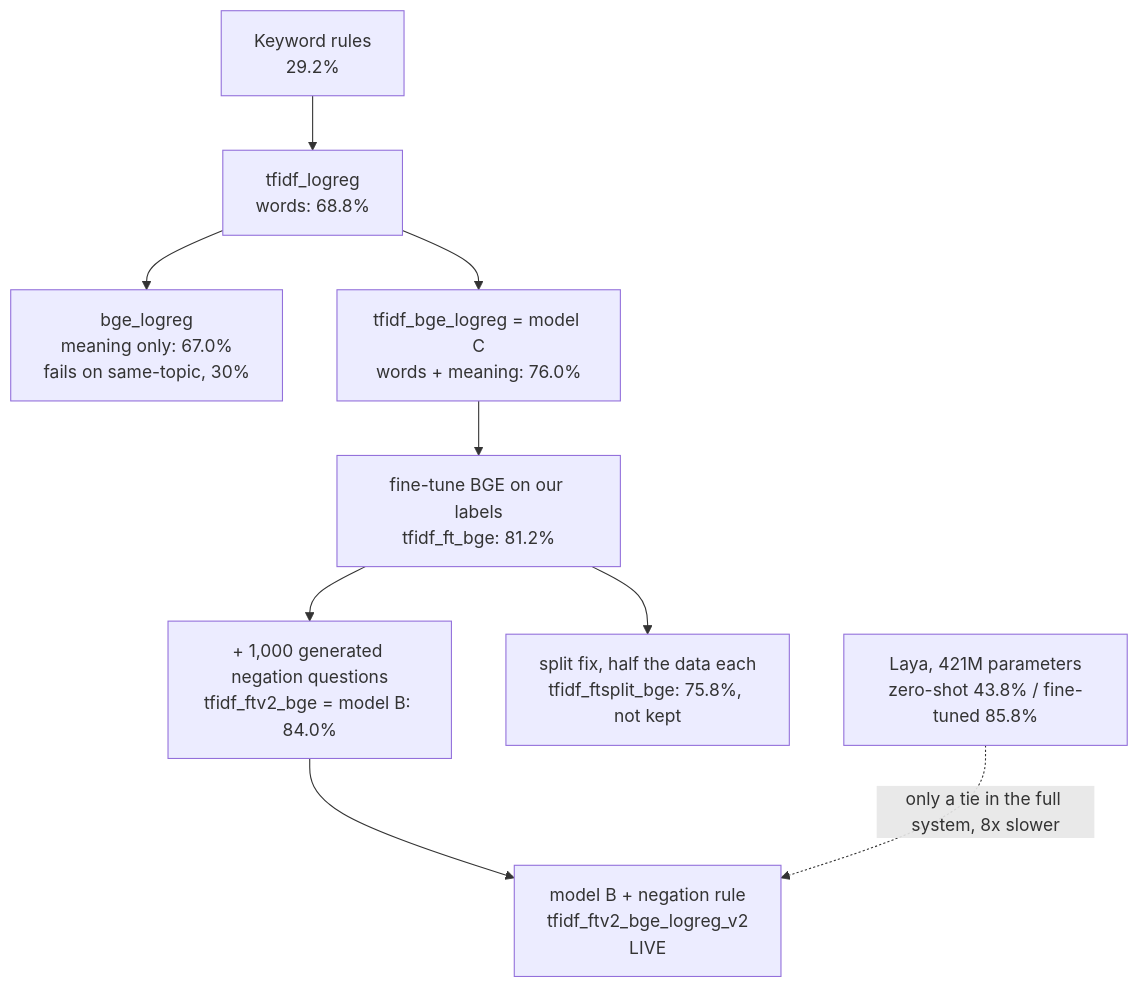
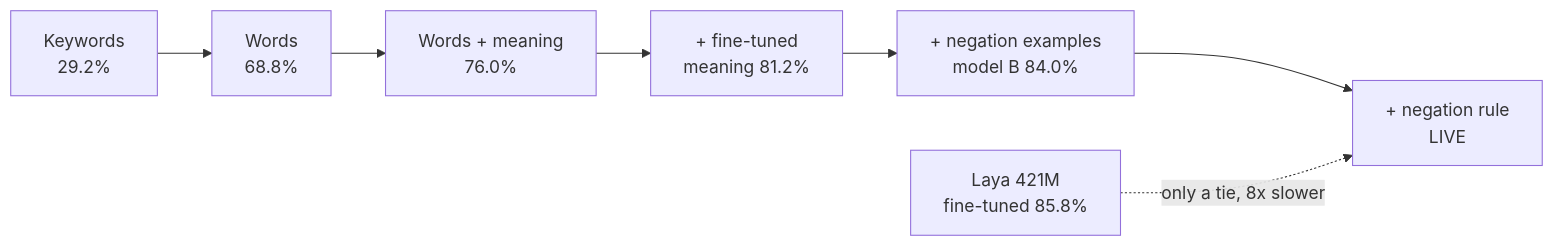
The fifth of 7 diagrams in README.md (saramamatha19/AetherionPrism), drawn with Mermaid before and after one commit. The commit also changed other lines of this file and 1 other file, not shown here.

````diff
--- a/README.md
+++ b/README.md
@@ -363,11 +134,5 @@
 ```mermaid
-flowchart TD
-    K["Keyword rules<br/>29.2%"] --> A["tfidf_logreg<br/>words: 68.8%"]
-    A --> B1["bge_logreg<br/>meaning only: 67.0%<br/>fails on same-topic, 30%"]
-    A --> C["tfidf_bge_logreg = model C<br/>words + meaning: 76.0%"]
-    C --> FT["fine-tune BGE on our labels<br/>tfidf_ft_bge: 81.2%"]
-    FT --> MB["+ 1,000 generated negation questions<br/>tfidf_ftv2_bge = model B: 84.0%"]
-    FT --> SP["split fix, half the data each<br/>tfidf_ftsplit_bge: 75.8%, not kept"]
-    MB --> LIVE["model B + negation rule<br/>tfidf_ftv2_bge_logreg_v2<br/>LIVE"]
-    LAYA["Laya, 421M parameters<br/>zero-shot 43.8% / fine-tuned 85.8%"] -.->|"only a tie in the full system, 8x slower"| LIVE
+flowchart LR
+    K["Keywords<br/>29.2%"] --> A["Words<br/>68.8%"] --> C["Words + meaning<br/>76.0%"] --> F["+ fine-tuned<br/>meaning 81.2%"] --> B["+ negation examples<br/>model B 84.0%"] --> LIVE["+ negation rule<br/>LIVE"]
+    LA["Laya 421M<br/>fine-tuned 85.8%"] -.->|"only a tie, 8x slower"| LIVE
 ```
````
